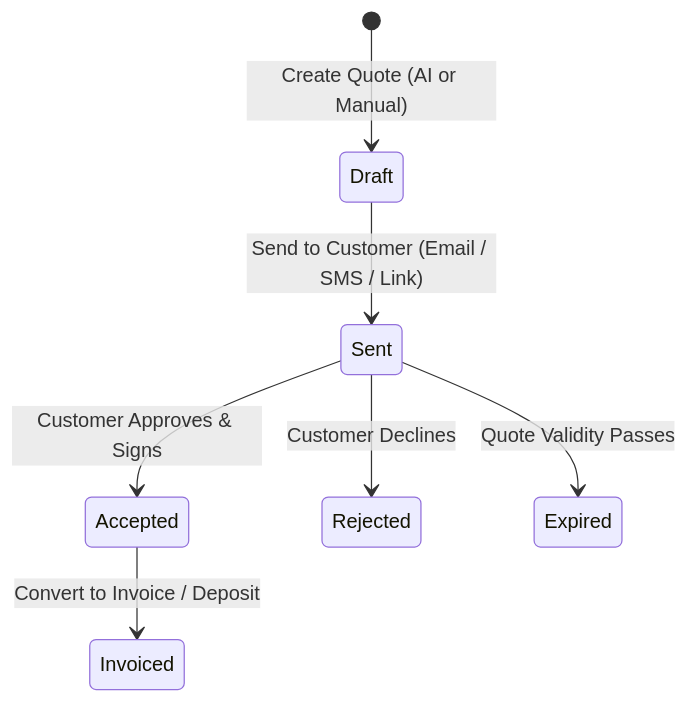
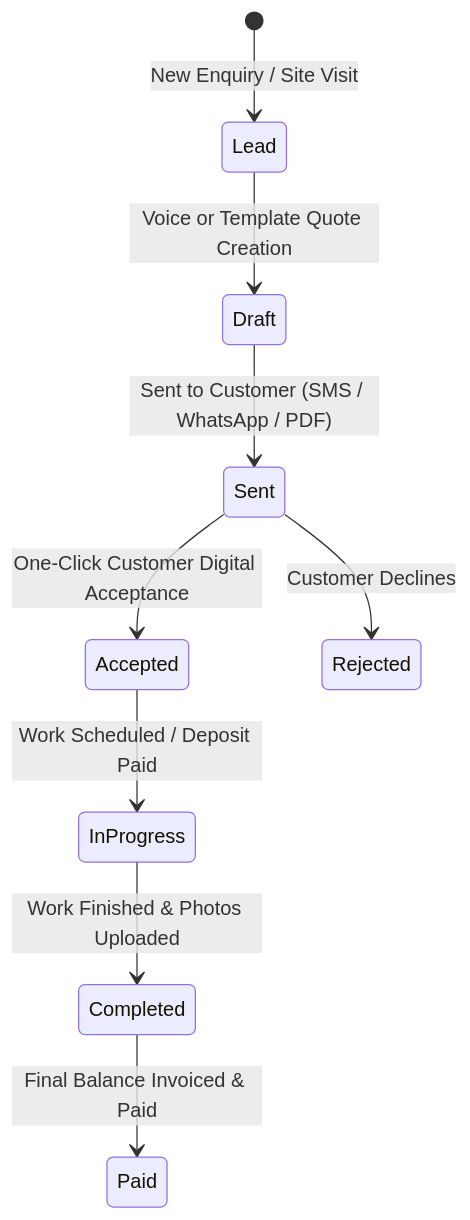
Before and after one commit to wazzheed79/builderbot: the diagram in AGENTS.md, drawn with Mermaid. The commit also changed other lines of this file, not shown here.

Commit message:
Update AGENTS.md with 10 feature pillars, voice quoting vision, and phased roadmap

````diff
--- a/AGENTS.md
+++ b/AGENTS.md
@@ -28,9 +30,11 @@
 ```mermaid
 stateDiagram-v2
-    [*] --> Draft: Create Quote (AI or Manual)
-    Draft --> Sent: Send to Customer (Email / SMS / Link)
-    Sent --> Accepted: Customer Approves & Signs
+    [*] --> Lead: New Enquiry / Site Visit
+    Lead --> Draft: Voice or Template Quote Creation
+    Draft --> Sent: Sent to Customer (SMS / WhatsApp / PDF)
+    Sent --> Accepted: One-Click Customer Digital Acceptance
     Sent --> Rejected: Customer Declines
-    Sent --> Expired: Quote Validity Passes
-    Accepted --> Invoiced: Convert to Invoice / Deposit
+    Accepted --> InProgress: Work Scheduled / Deposit Paid
+    InProgress --> Completed: Work Finished & Photos Uploaded
+    Completed --> Paid: Final Balance Invoiced & Paid
 ```
````
